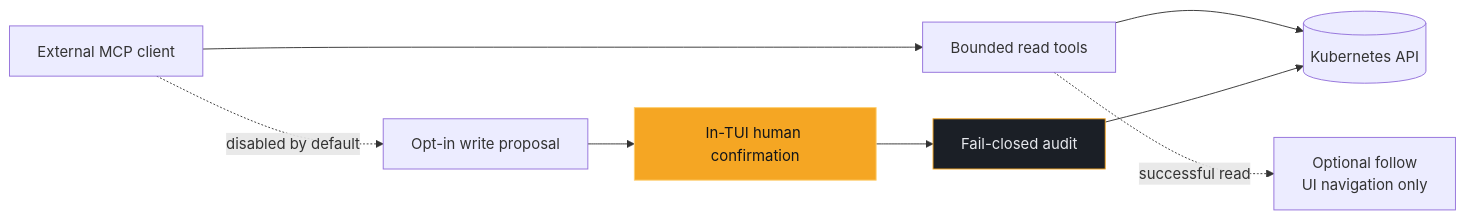
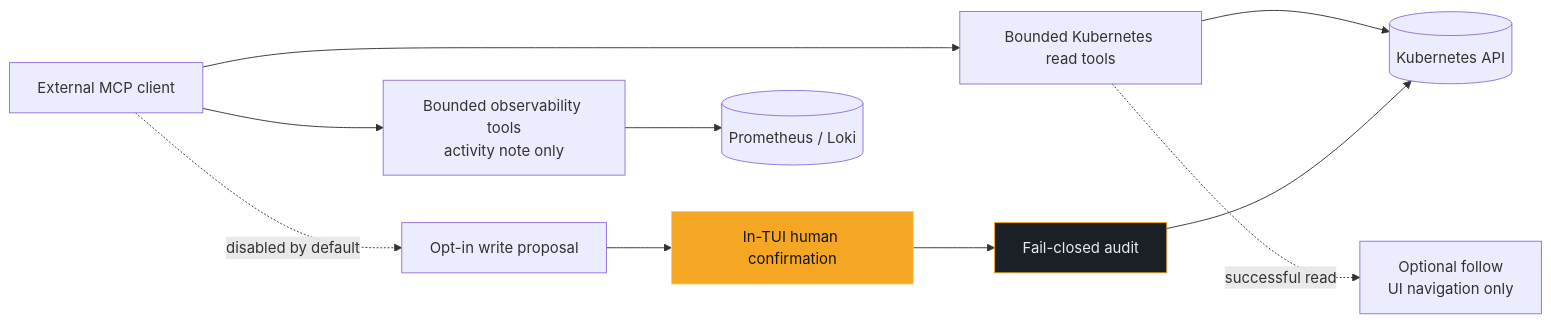
Before and after one commit to hellices/korvid: the diagram in docs/mcp.md, drawn with Mermaid. The commit also changed other lines of this file and 2 other files, not shown here.

Commit message:
fix: separate MCP observability backends
Route Kubernetes reads to the Kubernetes API and Prometheus/Loki queries to their own observability lane, with activity-note-only behavior instead of UI follow. Keep the executable diagram recipe synchronized.

````diff
--- a/docs/mcp.md
+++ b/docs/mcp.md
@@ -71,17 +71,20 @@
 ```mermaid
 flowchart LR
     CLIENT["External MCP client"]
-    READ["Bounded read tools"]
+    READ["Bounded Kubernetes read tools"]
+    OBS_READ["Bounded observability tools<br/>activity note only"]
     FOLLOW["Optional follow<br/>UI navigation only"]
     PROPOSE["Opt-in write proposal"]
     CONFIRM["In-TUI human confirmation"]
     AUDIT["Fail-closed audit"]
     KUBE[("Kubernetes API")]
+    OBS[("Prometheus / Loki")]
 
     CLIENT --> READ --> KUBE
+    CLIENT --> OBS_READ --> OBS
     READ -. successful read .-> FOLLOW
     CLIENT -. disabled by default .-> PROPOSE --> CONFIRM --> AUDIT --> KUBE
 
     style CONFIRM fill:#f5a623,color:#12151a,stroke:#ffcf6e
     style AUDIT fill:#1b1f26,color:#e7e9ee,stroke:#f5a623
 ```
````
